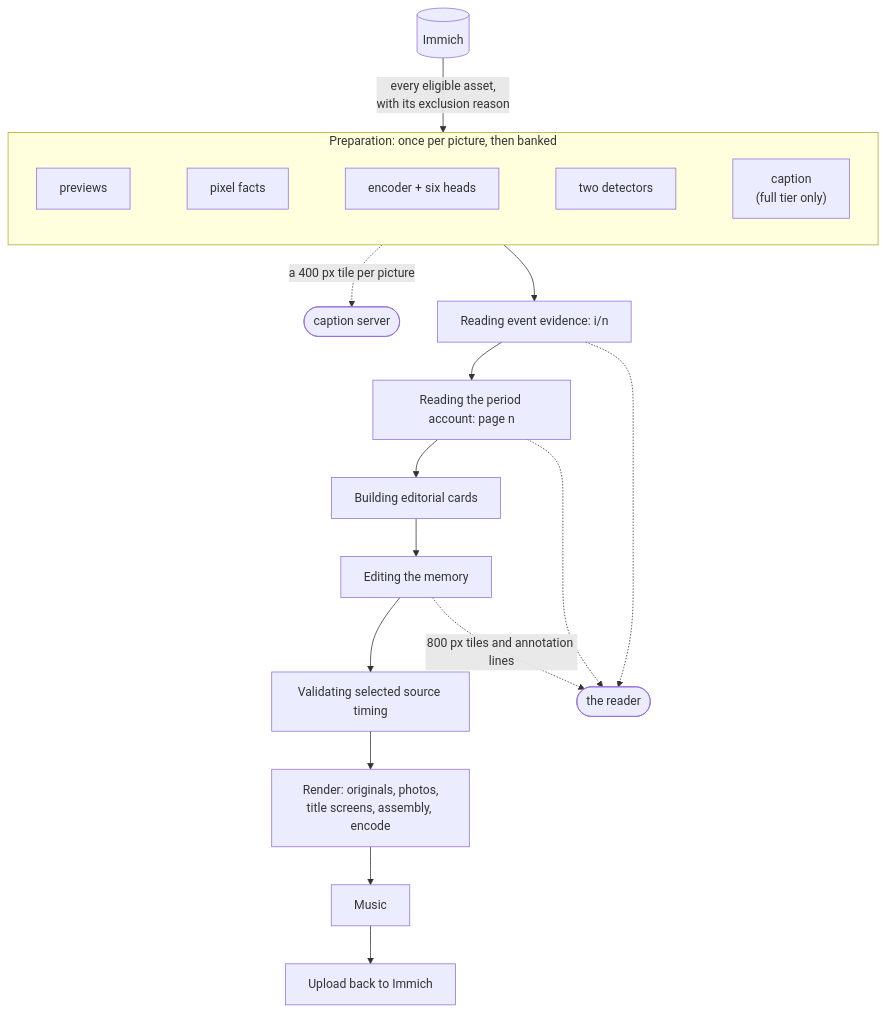
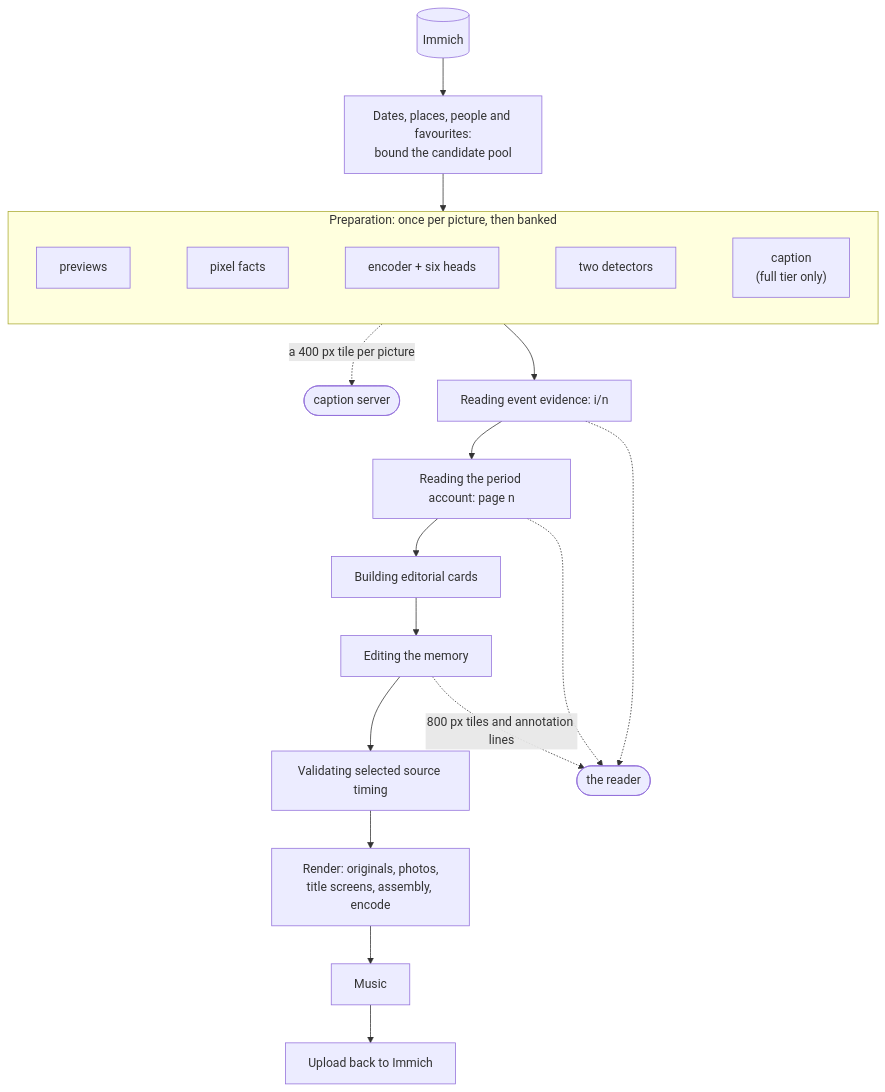
One commit to sam-dumont/immich-video-memory-generator changed the first of 2 diagrams in docs-site/docs/create/pipeline.md. Above: the diagram before and after it, drawn with Mermaid. The commit also changed other lines of this file and 32 other files, not shown here.

````diff
--- a/docs-site/docs/create/pipeline.md
+++ b/docs-site/docs/create/pipeline.md
@@ -17,24 +17,25 @@
 ```mermaid
 flowchart TD
-    immich[("Immich")] -->|"every eligible asset,<br/>with its exclusion reason"| prep
+    immich[("Immich")] --> budget["Dates, places, people and favourites:<br/>bound the candidate pool"]
+    budget --> prep
 
     subgraph prep["Preparation: once per picture, then banked"]
         direction LR
         previews["previews"] ~~~ pixels["pixel facts"] ~~~ heads["encoder + six heads"]
         heads ~~~ detectors["two detectors"] ~~~ caption["caption<br/>(full tier only)"]
     end
 
     prep --> episodes["Reading event evidence: i/n"]
     episodes --> period["Reading the period account: page n"]
     period --> cards["Building editorial cards"]
     cards --> edit["Editing the memory"]
     edit --> timing["Validating selected source timing"]
     timing --> render["Render: originals, photos,<br/>title screens, assembly, encode"]
     render --> music["Music"]
     music --> deliver["Upload back to Immich"]
 
     caption -.->|"a 400 px tile per picture"| captioner(["caption server"])
     episodes -.-> reader(["the reader"])
     period -.-> reader
     edit -.->|"800 px tiles and annotation lines"| reader
 ```
````
